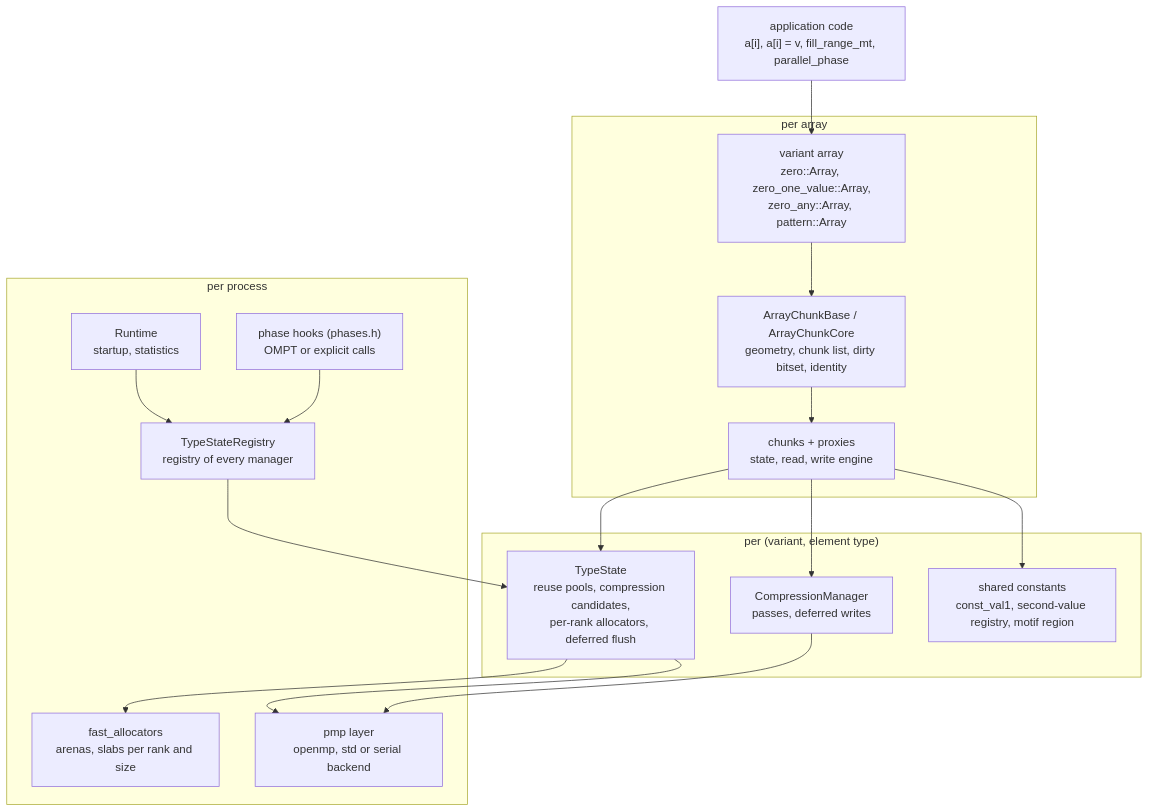
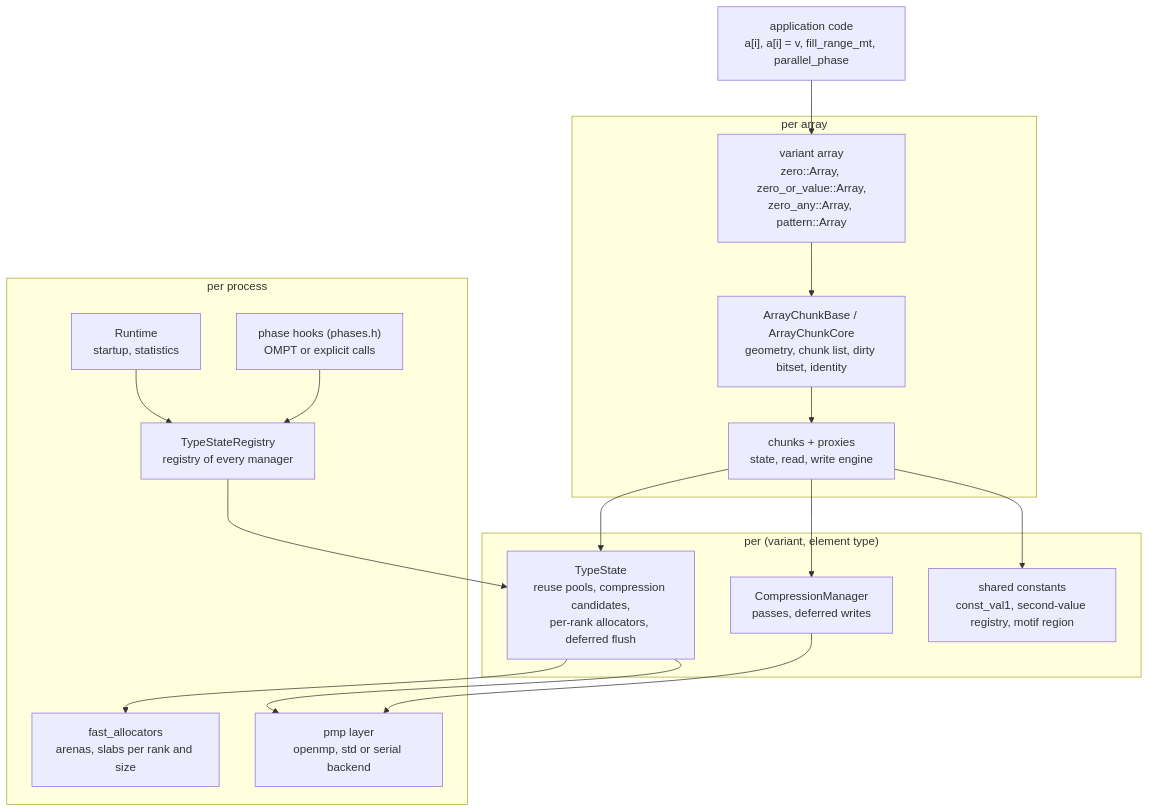
The second of 3 diagrams in docs/design.md (cea-hpc/shrink-array), drawn with Mermaid before and after one commit. The commit also changed other lines of this file and 240 other files, not shown here.

First line of the commit message:
zero_one_value is zero_or_value; the statistics say "second value", not "type-2"

````diff
--- a/docs/design.md
+++ b/docs/design.md
@@ -74,31 +74,31 @@
 ```mermaid
 flowchart TB
     app["application code<br/>a[i], a[i] = v, fill_range_mt, parallel_phase"]
     subgraph per_array["per array"]
-        arr["variant array<br/>zero::Array, zero_one_value::Array,<br/>zero_any::Array, pattern::Array"]
+        arr["variant array<br/>zero::Array, zero_or_value::Array,<br/>zero_any::Array, pattern::Array"]
         base["ArrayChunkBase / ArrayChunkCore<br/>geometry, chunk list, dirty bitset, identity"]
         chk["chunks + proxies<br/>state, read, write engine"]
     end
     subgraph per_type["per (variant, element type)"]
         mgr["TypeState<br/>reuse pools, compression candidates,<br/>per-rank allocators, deferred flush"]
         cmp["CompressionManager<br/>passes, deferred writes"]
         reg["shared constants<br/>const_val1, second-value registry, motif region"]
     end
     subgraph per_process["per process"]
         all["TypeStateRegistry<br/>registry of every manager"]
         par["Runtime<br/>startup, statistics"]
         phase["phase hooks (phases.h)<br/>OMPT or explicit calls"]
         pmp["pmp layer<br/>openmp, std or serial backend"]
         fa["fast_allocators<br/>arenas, slabs per rank and size"]
     end
     app --> arr --> base --> chk
     chk --> mgr
     chk --> cmp
     chk --> reg
     mgr --> fa
     all --> mgr
     par --> all
     phase --> all
     cmp --> pmp
     mgr --> pmp
 ```
````
